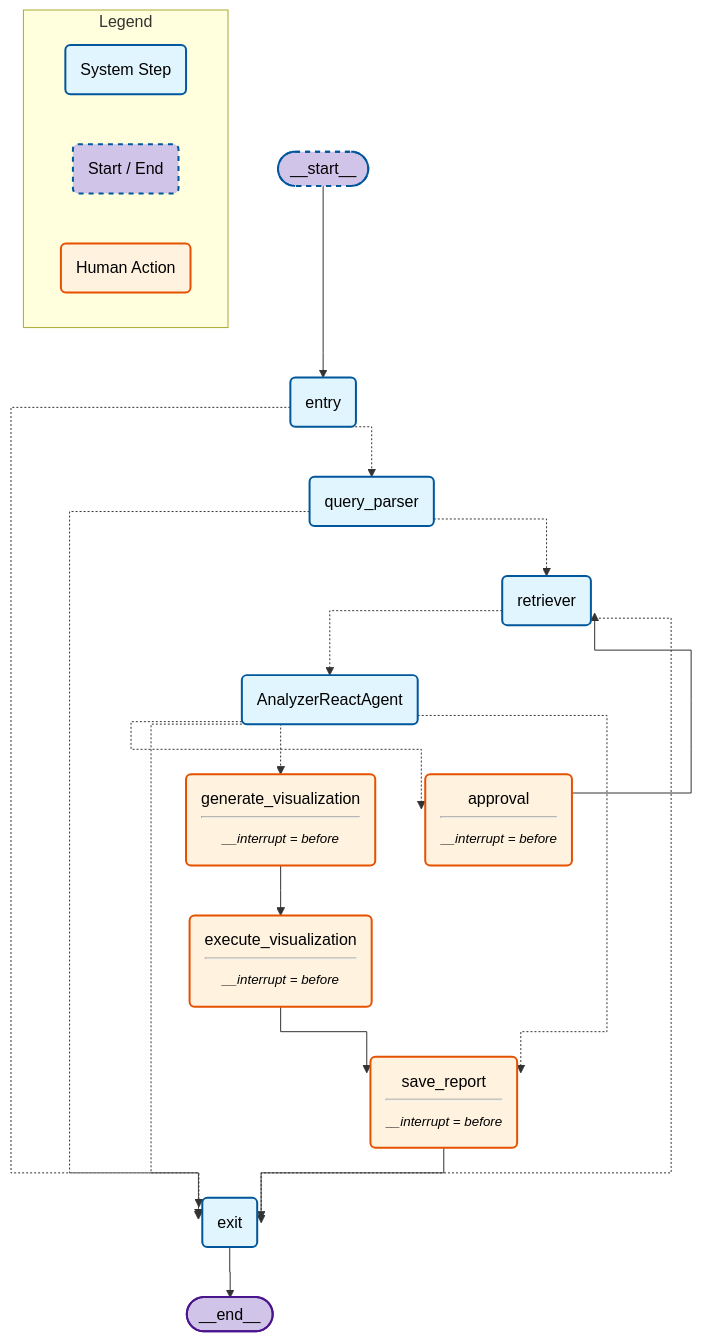
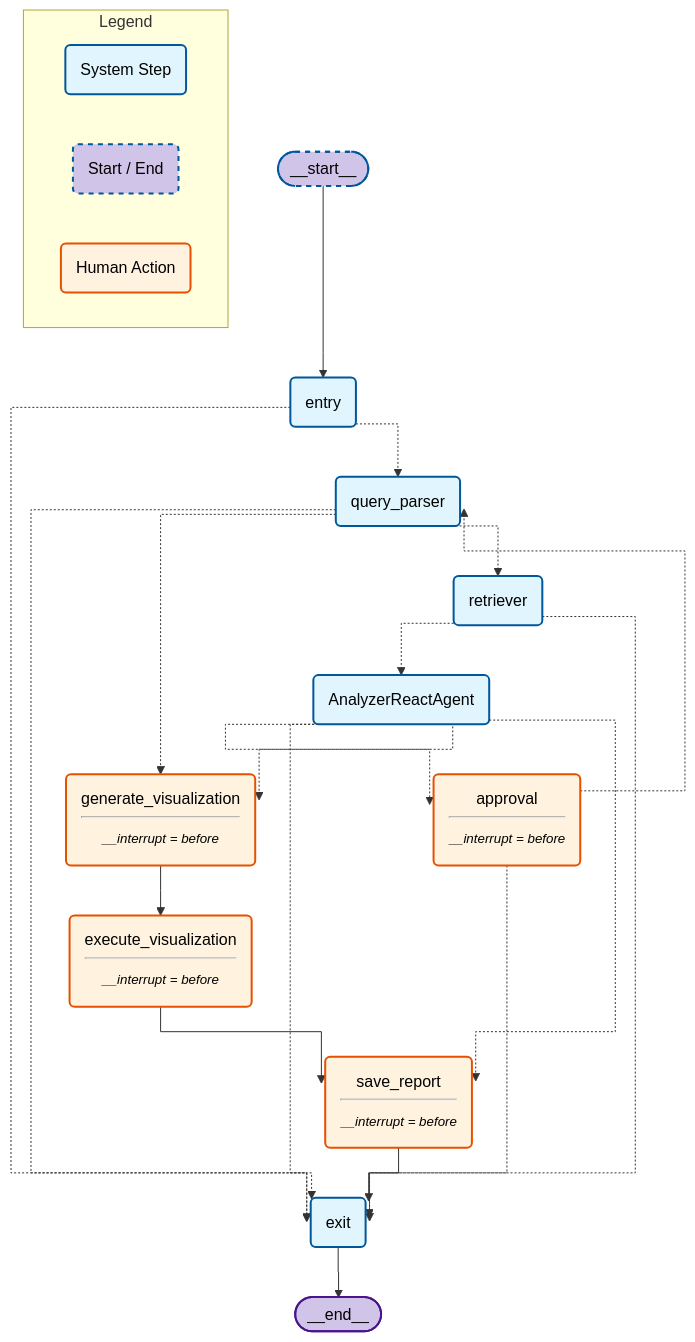
Before and after one commit to maxo99/sportsagent: the diagram in README.md, drawn with Mermaid. The commit also changed other lines of this file and 11 other files, not shown here.

Commit message:
docs: updates to charts and readme cleanup

````diff
--- a/README.md
+++ b/README.md
@@ -69,51 +70,53 @@
 ```mermaid
 ---
 config:
   flowchart:
     curve: stepAfter
 fontFamily: Arial
 look: handDrawn
 theme: neutral
 ---
 graph TD;
  __start__([<p>__start__</p>]):::first
  entry(entry)
  exit(exit)
  query_parser(query_parser)
  retriever(retriever)
  AnalyzerReactAgent(AnalyzerReactAgent)
  generate_visualization(generate_visualization<hr/><small><em>__interrupt = before</em></small>):::hitl
  execute_visualization(execute_visualization<hr/><small><em>__interrupt = before</em></small>):::hitl
  save_report(save_report<hr/><small><em>__interrupt = before</em></small>):::hitl
  approval(approval<hr/><small><em>__interrupt = before</em></small>):::hitl
  __end__([<p>__end__</p>]):::last
  AnalyzerReactAgent -.-> approval;
  AnalyzerReactAgent -.-> exit;
  AnalyzerReactAgent -.-> generate_visualization;
  AnalyzerReactAgent -.-> save_report;
  __start__ --> entry;
- approval --> retriever;
+ approval -.-> exit;
+ approval -.-> query_parser;
  entry -.-> exit;
  entry -.-> query_parser;
  execute_visualization --> save_report;
  generate_visualization --> execute_visualization;
  query_parser -.-> exit;
+ query_parser -.-> generate_visualization;
  query_parser -.-> retriever;
  retriever -.-> AnalyzerReactAgent;
  retriever -.-> exit;
  save_report --> exit;
  exit --> __end__;
  classDef default fill:#E1F5FE,stroke:#01579B,stroke-width:2px,color:#000000,line-height:1.2
  classDef first fill:#D1C4E9,stroke-dasharray: 5 5,color:#000000
  classDef last fill:#D1C4E9,stroke:#4A148C,stroke-width:2px,color:#000000
 
  classDef hitl fill:#FFF3E0,stroke:#E65100,stroke-width:2px,color:#000000
 
     subgraph Legend
         direction LR
         L1(System Step):::default
         L2(Start / End):::first
         L3(Human Action):::hitl
     end
 
 ```
````
